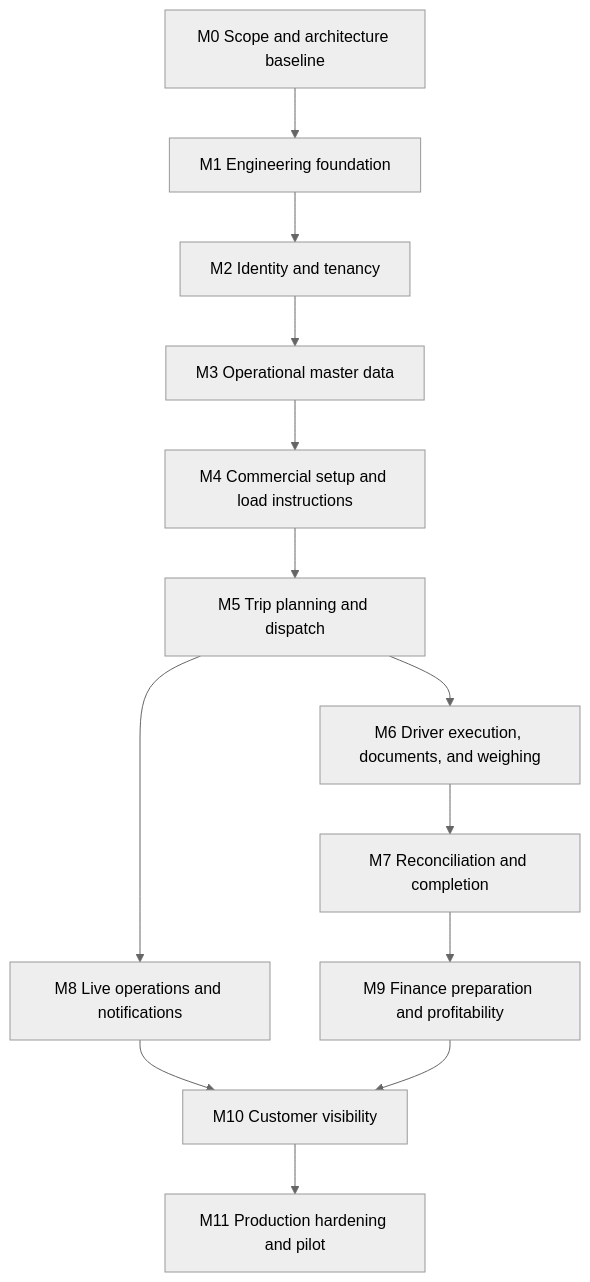
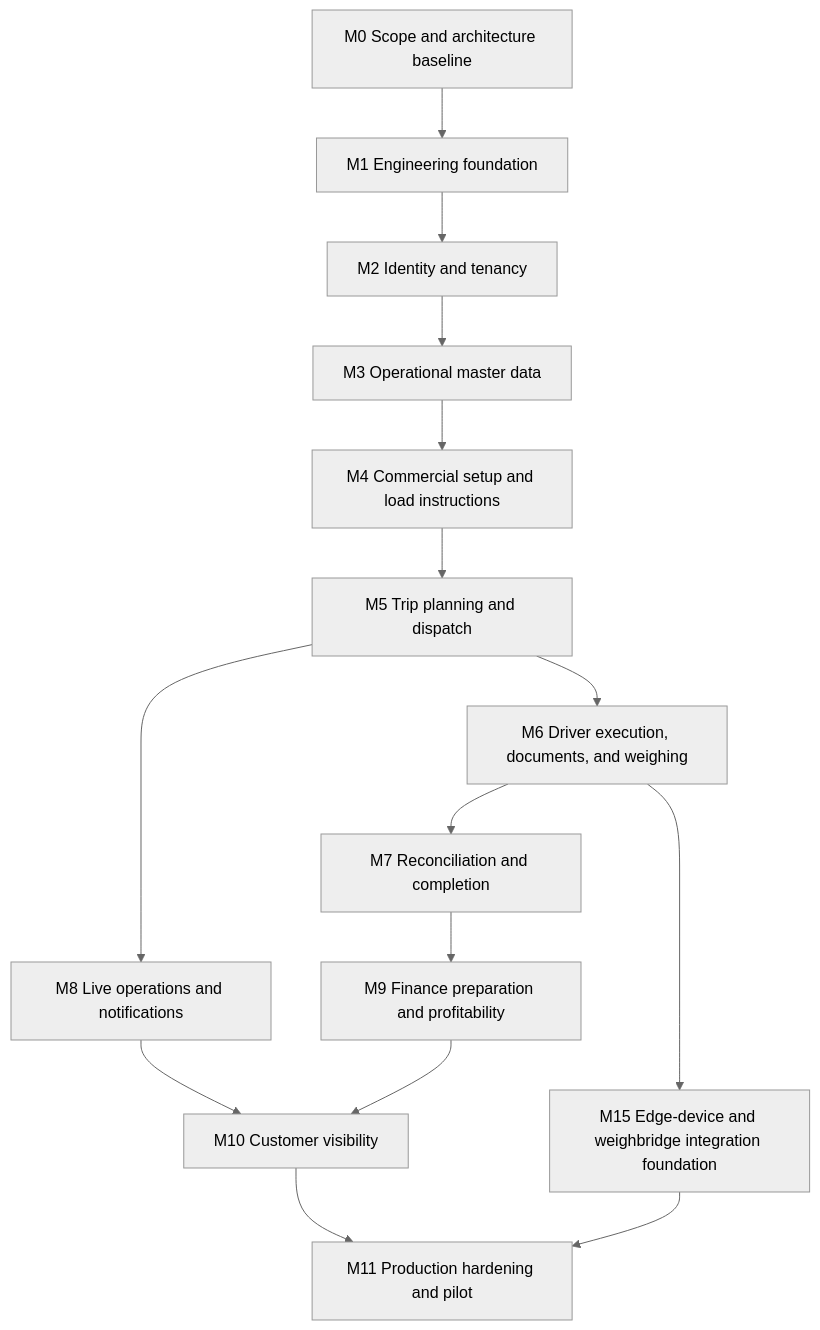
One commit to ShotunJC/LoadIx-Prod changed the diagram in docs/milestones.md. Above: the diagram before and after it, drawn with Mermaid (neutral theme). The commit also changed other lines of this file and 70 other files, not shown here.

First line of the commit message:
Milestone 15: Add Edge Device Integration Foundation (#2)

````diff
--- a/docs/milestones.md
+++ b/docs/milestones.md
@@ -16,15 +16,17 @@
 ```mermaid
 flowchart TD
     M0["M0 Scope and architecture baseline"] --> M1["M1 Engineering foundation"]
     M1 --> M2["M2 Identity and tenancy"]
     M2 --> M3["M3 Operational master data"]
     M3 --> M4["M4 Commercial setup and load instructions"]
     M4 --> M5["M5 Trip planning and dispatch"]
     M5 --> M6["M6 Driver execution, documents, and weighing"]
     M6 --> M7["M7 Reconciliation and completion"]
     M5 --> M8["M8 Live operations and notifications"]
     M7 --> M9["M9 Finance preparation and profitability"]
     M8 --> M10["M10 Customer visibility"]
     M9 --> M10
     M10 --> M11["M11 Production hardening and pilot"]
+    M6 --> M15["M15 Edge-device and weighbridge integration foundation"]
+    M15 --> M11
 ```
````
